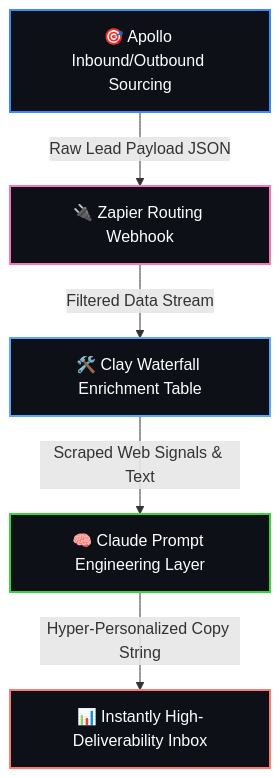
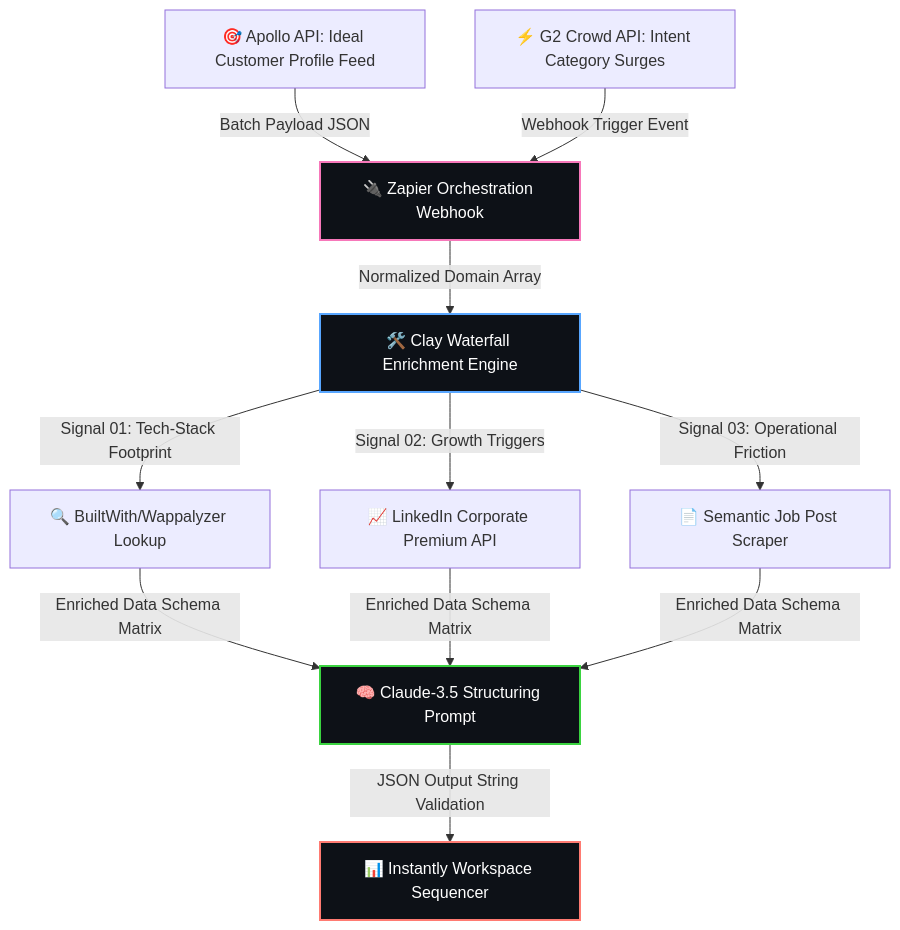
One commit to code-gtm/programmatic-gtm-intelligence-engine changed the diagram in README.md. Above: the diagram before and after it, drawn with Mermaid. The commit also changed other lines of this file, not shown here.

First line of the commit message:
Revise README with updated project details and flowchart

````diff
--- a/README.md
+++ b/README.md
@@ -20,15 +20,24 @@
 ```mermaid
 graph TD
-    %% Define Nodes with Modern Labels
-    A[🎯 Apollo Inbound/Outbound Sourcing] -->|Raw Lead Payload JSON| B[🔌 Zapier Routing Webhook]
-    B -->|Filtered Data Stream| C[🛠️ Clay Waterfall Enrichment Table]
-    C -->|Scraped Web Signals & Text| D[🧠 Claude Prompt Engineering Layer]
-    D -->|Hyper-Personalized Copy String| E[📊 Instantly High-Deliverability Inbox]
+    %% Sourcing & Events
+    A1[🎯 Apollo API: Ideal Customer Profile Feed] -->|Batch Payload JSON| B[🔌 Zapier Orchestration Webhook]
+    A2[⚡ G2 Crowd API: Intent Category Surges] -->|Webhook Trigger Event| B
+    
+    %% Enrichment Engine
+    B -->|Normalized Domain Array| C[🛠️ Clay Waterfall Enrichment Engine]
+    
+    %% Conditional Branch Signals
+    C -->|Signal 01: Tech-Stack Footprint| D1[🔍 BuiltWith/Wappalyzer Lookup]
+    C -->|Signal 02: Growth Triggers| D2[📈 LinkedIn Corporate Premium API]
+    C -->|Signal 03: Operational Friction| D3[📄 Semantic Job Post Scraper]
+    
+    %% Processing & Delivery
+    D1 & D2 & D3 -->|Enriched Data Schema Matrix| E[🧠 Claude-3.5 Structuring Prompt]
+    E -->|JSON Output String Validation| F[📊 Instantly Workspace Sequencer]
 
-    %% Advanced Structural Styling
-    style A fill:#0d1117,stroke:#388bfd,stroke-width:2px,color:#fff
+    %% Structural Aesthetics
     style B fill:#0d1117,stroke:#f778ba,stroke-width:2px,color:#fff
     style C fill:#0d1117,stroke:#58a6ff,stroke-width:2px,color:#fff
-    style D fill:#0d1117,stroke:#3ad340,stroke-width:2px,color:#fff
-    style E fill:#0d1117,stroke:#ff7b72,stroke-width:2px,color:#fff
+    style E fill:#0d1117,stroke:#3ad340,stroke-width:2px,color:#fff
+    style F fill:#0d1117,stroke:#ff7b72,stroke-width:2px,color:#fff
 ```
````
